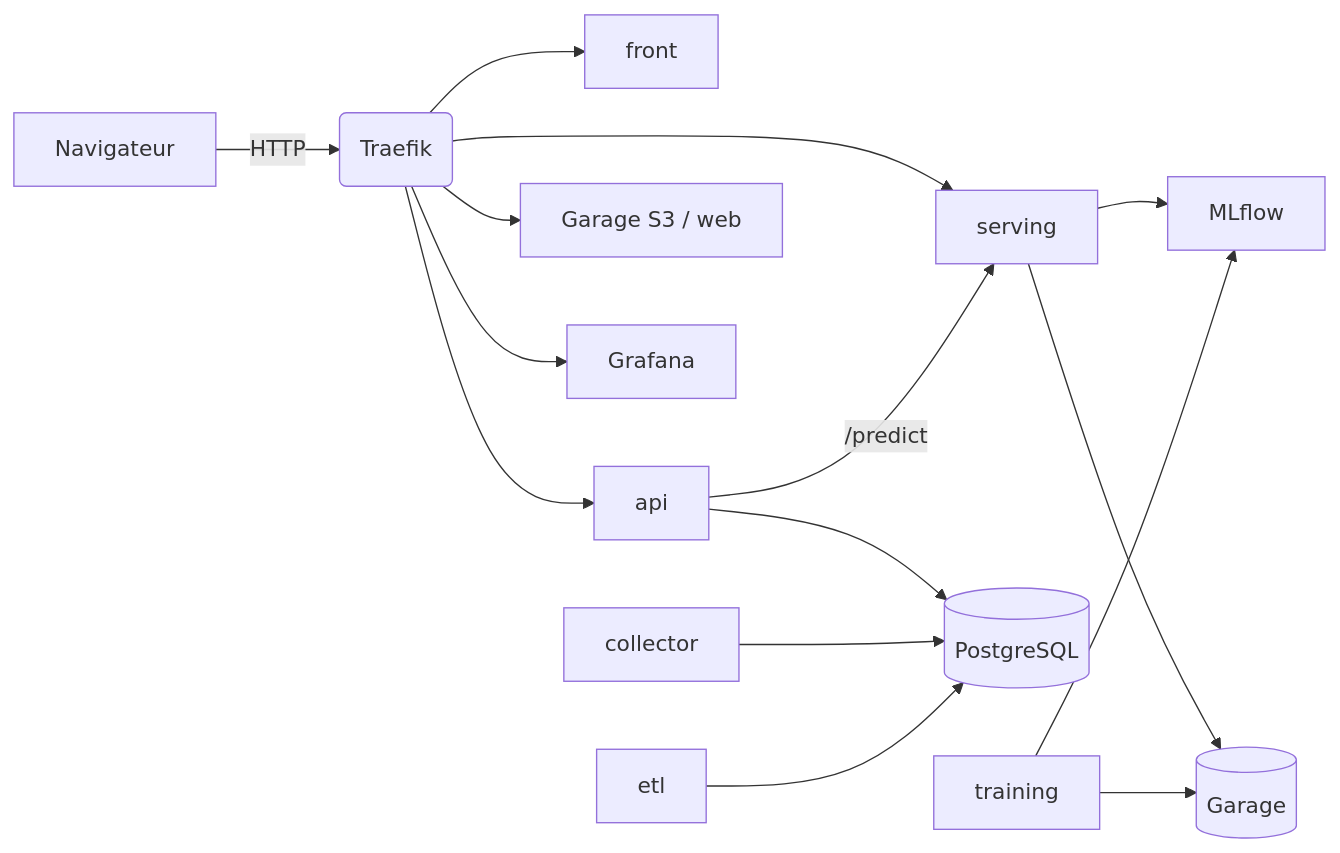
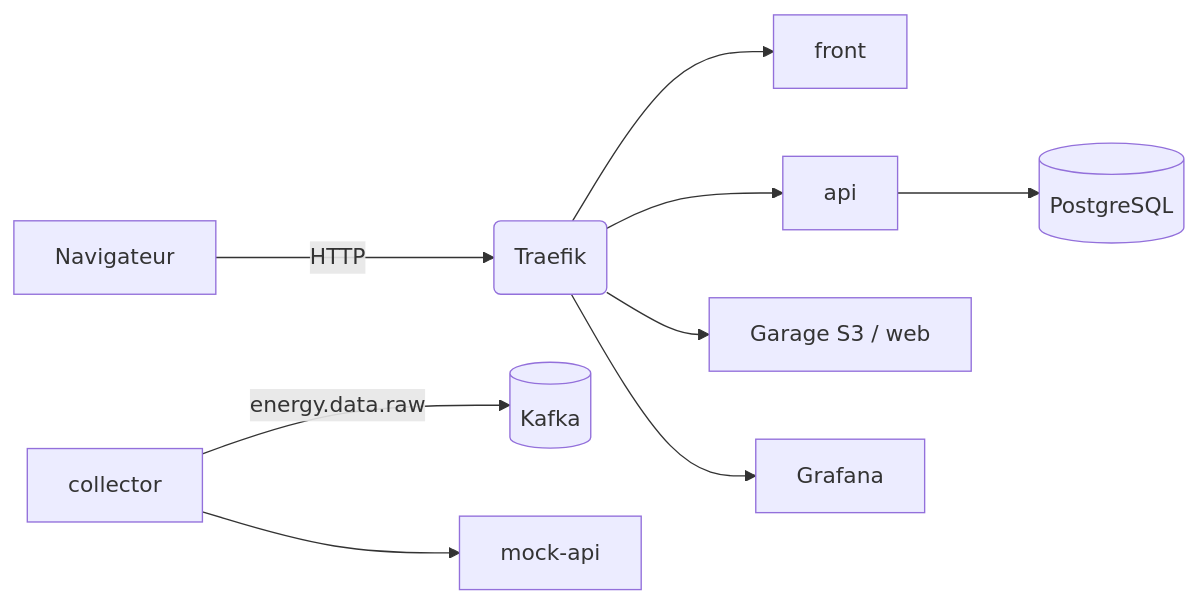
Before and after one commit to EnerVision-G5/infra: the diagram in docs/content/index.md, drawn with Mermaid. The commit also changed other lines of this file and 44 other files, not shown here.

````diff
--- a/docs/content/index.md
+++ b/docs/content/index.md
@@ -22,17 +22,11 @@
 ```mermaid
 flowchart LR
     U[Navigateur] -->|HTTP| T(Traefik)
     T --> F[front]
     T --> A[api]
-    T --> S[serving]
     T --> G[Garage S3 / web]
     T --> GR[Grafana]
     A --> DB[(PostgreSQL)]
-    A -->|/predict| S
-    S --> ML[MLflow]
-    S --> GA[(Garage)]
-    C[collector] --> DB
-    E[etl] --> DB
-    TR[training] --> ML
-    TR --> GA
+    C[collector] -->|energy.data.raw| K[(Kafka)]
+    C --> MA[mock-api]
 ```
````
